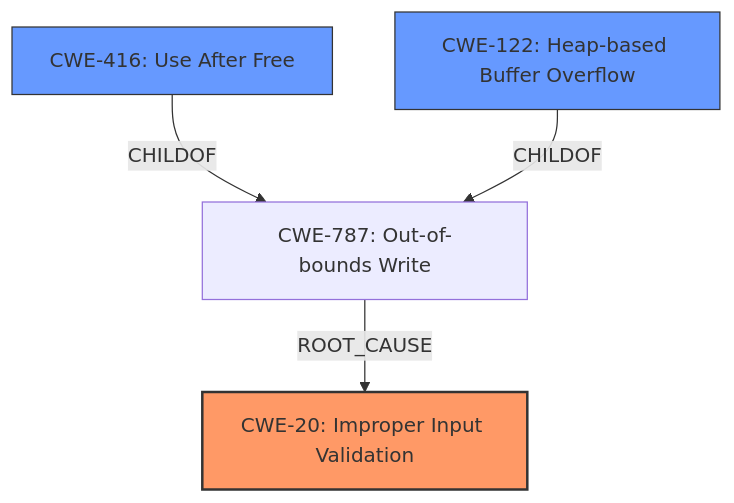
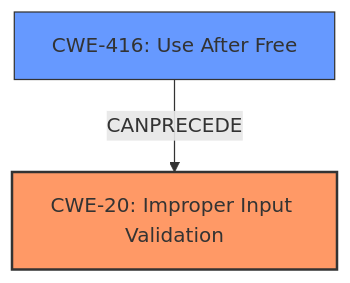
The diagram in CVE-2021-21220/CVE-2021-21220_analysis.md (CyberSecAI/cwe_agent_assign_reports_2023), drawn with Mermaid before and after one commit. The commit also changed other lines of this file and 902 other files, not shown here.

````diff
--- a/CVE-2021-21220/CVE-2021-21220_analysis.md
+++ b/CVE-2021-21220/CVE-2021-21220_analysis.md
@@ -18,16 +17,13 @@
 ```mermaid
 graph TD
     cwe20["CWE-20: Improper Input Validation"]
-    cwe787["CWE-787: Out-of-bounds Write"]
     cwe416["CWE-416: Use After Free"]
-    cwe122["CWE-122: Heap-based Buffer Overflow"]
     
-    cwe416 -->|CHILDOF| cwe787
-    cwe122 -->|CHILDOF| cwe787
-    cwe787 -->|ROOT_CAUSE| cwe20
+    cwe416 -->|CANPRECEDE| cwe20
     
     classDef primary fill:#f96,stroke:#333,stroke-width:2px
     classDef secondary fill:#69f,stroke:#333
+    classDef tertiary fill:#9e9,stroke:#333
     class cwe20 primary
-    class cwe416,cwe122 secondary
+    class cwe416 secondary
 ```
````
